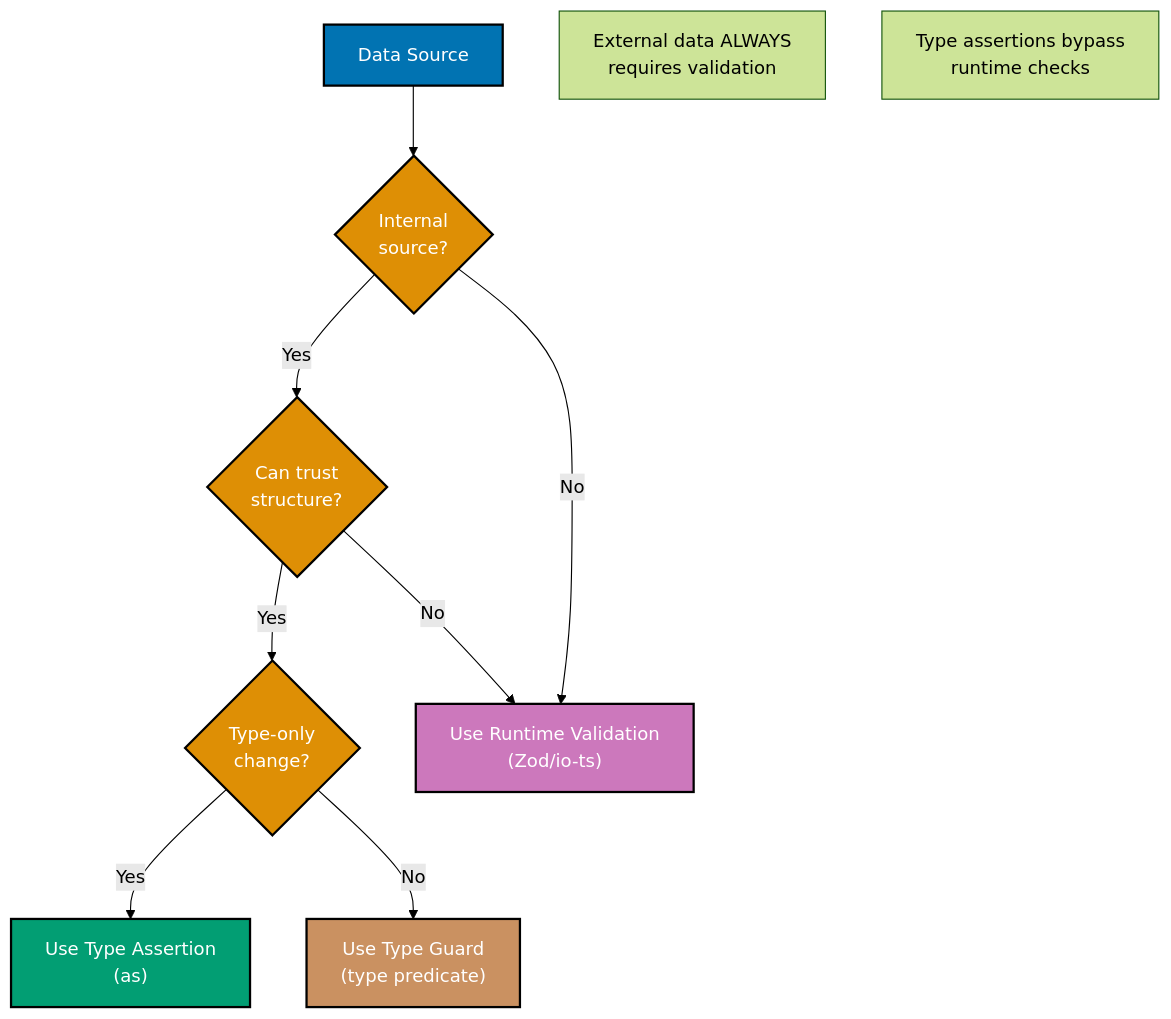
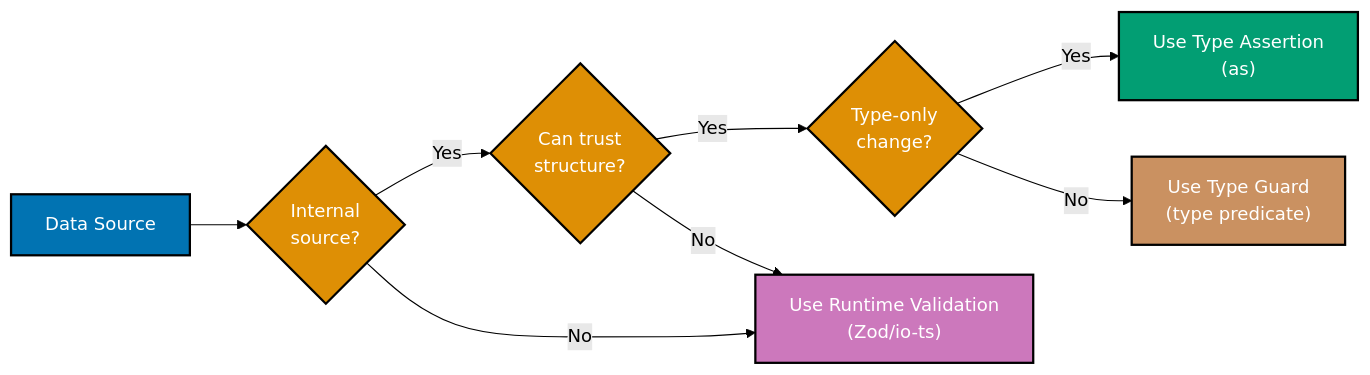
One commit to wahidyankf/ose-primer changed the first of 7 diagrams in docs/explanation/software-engineering/programming-languages/typescript/anti-patterns.md. Above: the diagram before and after it, drawn with Mermaid (forest theme). The commit also changed other lines of this file and 16 other files, not shown here.

Commit message:
fix(docs): fix mermaid violations in typescript/ docs (batch 1/10)

````diff
--- a/docs/explanation/software-engineering/programming-languages/typescript/anti-patterns.md
+++ b/docs/explanation/software-engineering/programming-languages/typescript/anti-patterns.md
@@ -66,28 +68,25 @@
 ```mermaid
 %% Color Palette: Blue #0173B2, Orange #DE8F05, Teal #029E73, Purple #CC78BC, Brown #CA9161
-graph TD
+graph LR
     Start["Data Source"]:::blue
     Internal{"Internal<br/>source?"}:::orange
     TrustSource{"Can trust<br/>structure?"}:::orange
     TypeOnly{"Type-only<br/>change?"}:::orange
     UseAssertion["Use Type Assertion<br/>#40;as#41;"]:::teal
     UseValidation["Use Runtime Validation<br/>#40;Zod/io-ts#41;"]:::purple
     TypeGuard["Use Type Guard<br/>#40;type predicate#41;"]:::brown
 
     Start --> Internal
     Internal -->|Yes| TrustSource
     Internal -->|No| UseValidation
     TrustSource -->|Yes| TypeOnly
     TrustSource -->|No| UseValidation
     TypeOnly -->|Yes| UseAssertion
     TypeOnly -->|No| TypeGuard
 
-    Note1["External data ALWAYS<br/>requires validation"]
-    Note2["Type assertions bypass<br/>runtime checks"]
-
     classDef blue fill:#0173B2,stroke:#000000,color:#FFFFFF,stroke-width:2px
     classDef orange fill:#DE8F05,stroke:#000000,color:#FFFFFF,stroke-width:2px
     classDef teal fill:#029E73,stroke:#000000,color:#FFFFFF,stroke-width:2px
     classDef purple fill:#CC78BC,stroke:#000000,color:#FFFFFF,stroke-width:2px
     classDef brown fill:#CA9161,stroke:#000000,color:#FFFFFF,stroke-width:2px
 ```
````
